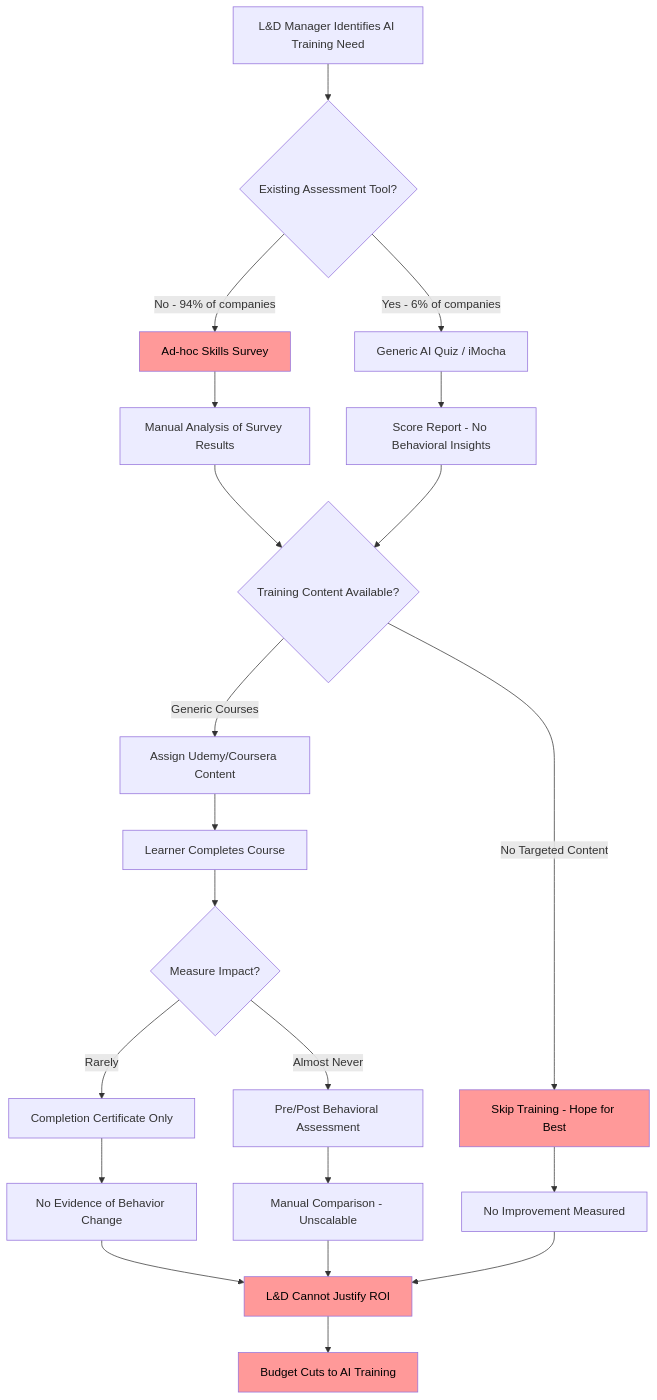
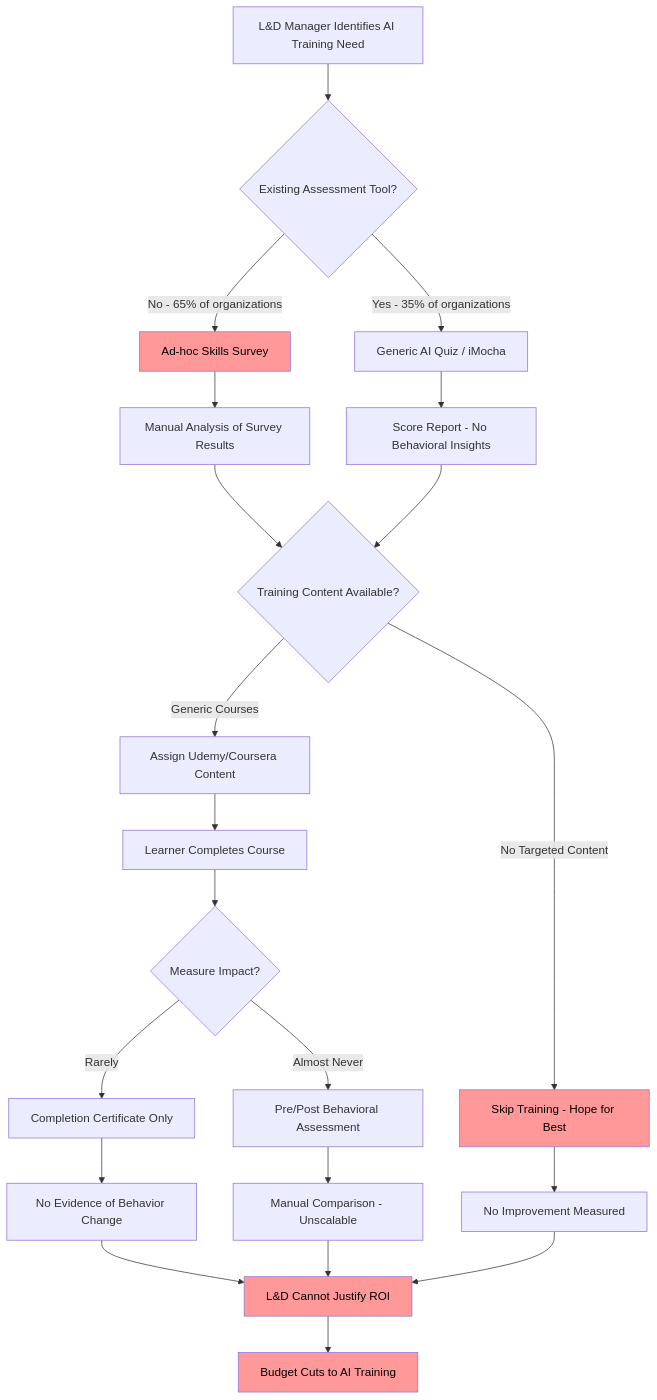
The third of 6 diagrams in products/ai-fluency/docs/business-analysis.md (Tamoura/Claude-Code-creates-the-SW-company), drawn with Mermaid before and after one commit. The commit also changed other lines of this file and 1 other file, not shown here.

````diff
--- a/products/ai-fluency/docs/business-analysis.md
+++ b/products/ai-fluency/docs/business-analysis.md
@@ -194,28 +217,28 @@
 ```mermaid
 flowchart TD
     A[L&D Manager Identifies AI Training Need] --> B{Existing Assessment Tool?}
-    B -->|No - 94% of companies| C[Ad-hoc Skills Survey]
-    B -->|Yes - 6% of companies| D[Generic AI Quiz / iMocha]
+    B -->|No - 65% of organizations| C[Ad-hoc Skills Survey]
+    B -->|Yes - 35% of organizations| D[Generic AI Quiz / iMocha]
     C --> E[Manual Analysis of Survey Results]
     D --> F[Score Report - No Behavioral Insights]
     E --> G{Training Content Available?}
     F --> G
     G -->|Generic Courses| H[Assign Udemy/Coursera Content]
     G -->|No Targeted Content| I[Skip Training - Hope for Best]
     H --> J[Learner Completes Course]
     I --> K[No Improvement Measured]
     J --> L{Measure Impact?}
     L -->|Rarely| M[Completion Certificate Only]
     L -->|Almost Never| N[Pre/Post Behavioral Assessment]
     M --> O[No Evidence of Behavior Change]
     N --> P[Manual Comparison - Unscalable]
     O --> Q[L&D Cannot Justify ROI]
     K --> Q
     P --> Q
     Q --> R[Budget Cuts to AI Training]
 
     style C fill:#ff9999,color:#000
     style I fill:#ff9999,color:#000
     style Q fill:#ff9999,color:#000
     style R fill:#ff9999,color:#000
 ```
````
